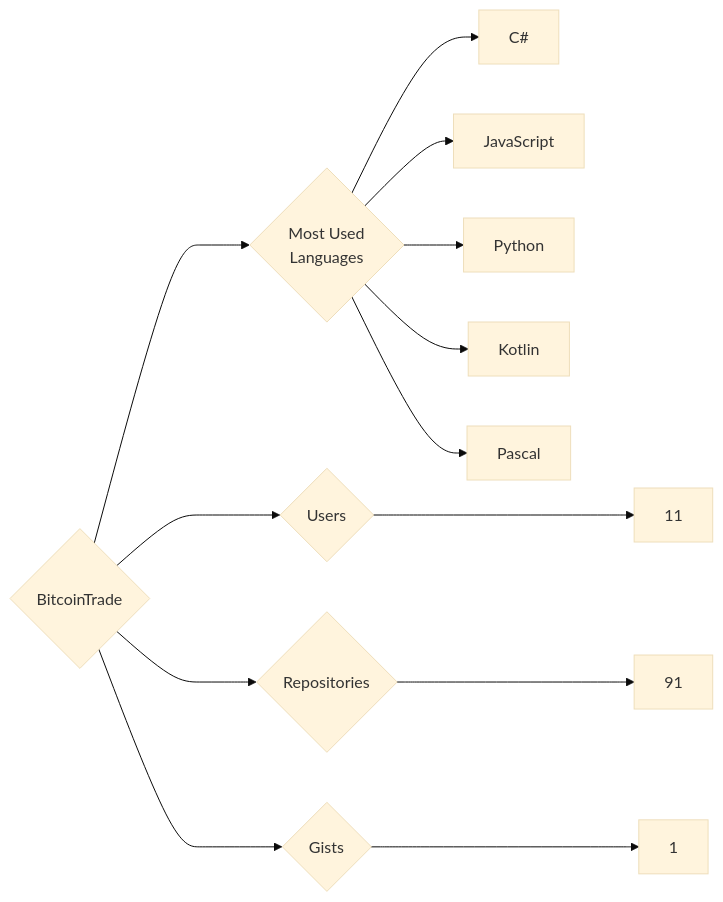
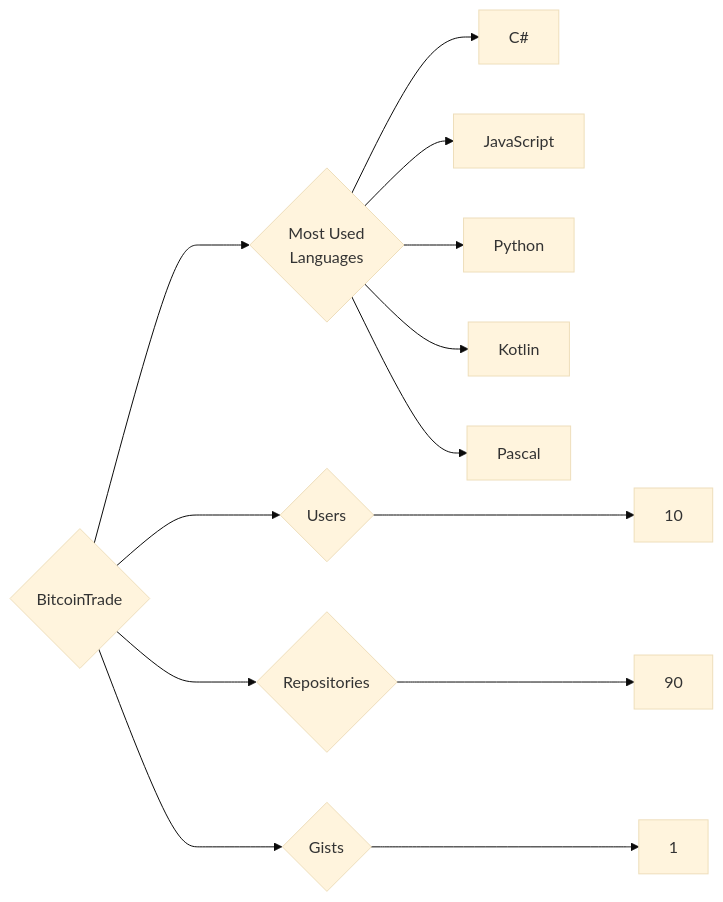
The diagram in targets/BitcoinTrade/README.md (trickest/insiders), drawn with Mermaid (base theme) before and after one commit. The commit also changed 997 other files, not shown here.

````diff
--- a/targets/BitcoinTrade/README.md
+++ b/targets/BitcoinTrade/README.md
@@ -3,13 +3,13 @@
 ```mermaid
 graph LR
 COMPANY_NAME{BitcoinTrade}
-COMPANY_NAME ---> U{Users} ---> UN[11]
-COMPANY_NAME ---> R{Repositories} ---> RN[91]
+COMPANY_NAME ---> U{Users} ---> UN[10]
+COMPANY_NAME ---> R{Repositories} ---> RN[90]
 COMPANY_NAME ---> G{Gists} ---> GN[1]
 COMPANY_NAME ---> ML{Most Used<br>Languages}
 ML --> C#[C#]
 ML --> JavaScript[JavaScript]
 ML --> Python[Python]
 ML --> Kotlin[Kotlin]
 ML --> Pascal[Pascal]
 ```
````
